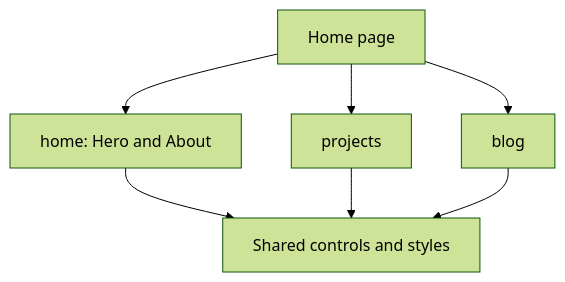
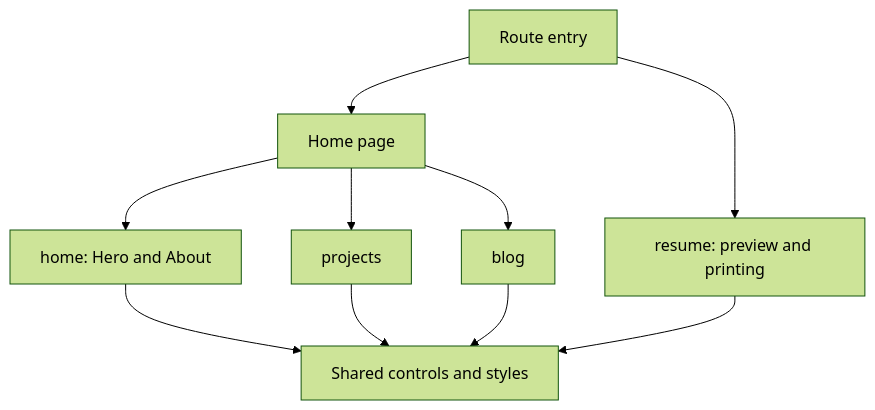
One commit to bingyangchen/bingyangchen.github.io changed the first of 2 diagrams in README.md. Above: the diagram before and after it, drawn with Mermaid (forest theme). The commit also changed other lines of this file and 17 other files, not shown here.

````diff
--- a/README.md
+++ b/README.md
@@ -60,9 +60,12 @@
 ```mermaid
 flowchart TD
+  router[Route entry] --> page[Home page]
+  router --> resume[resume: preview and printing]
   page[Home page] --> home[home: Hero and About]
   page --> projects[projects]
   page --> blog[blog]
   home --> controls[Shared controls and styles]
   projects --> controls
   blog --> controls
+  resume --> controls
 ```
````
